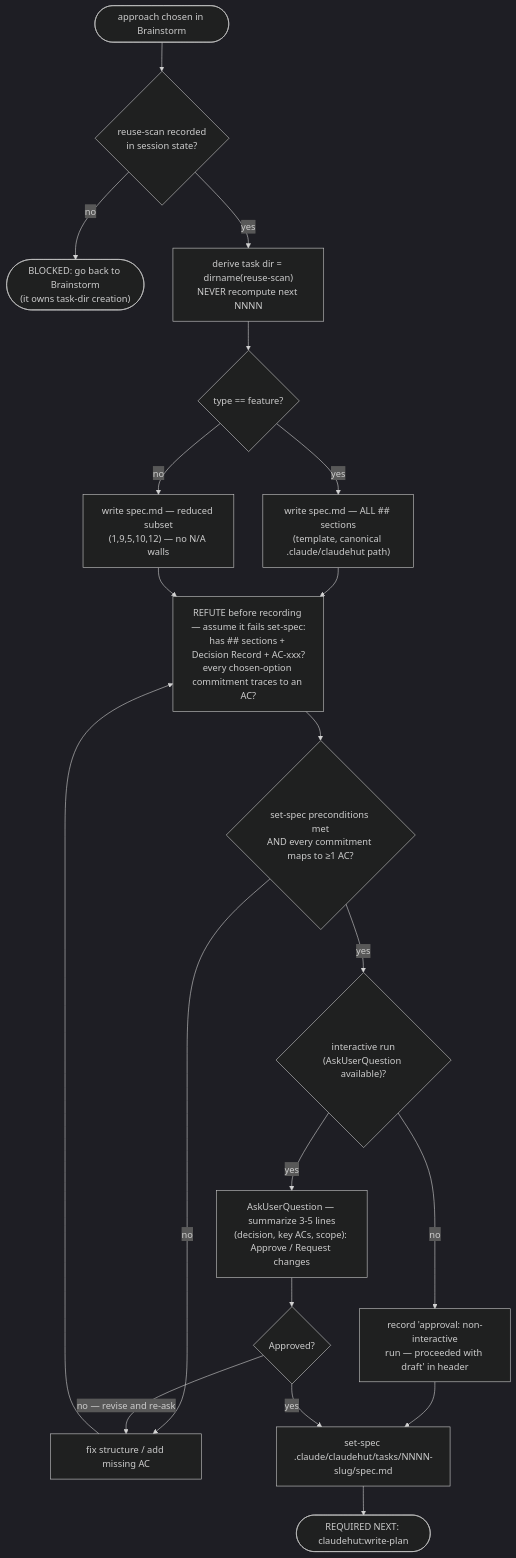
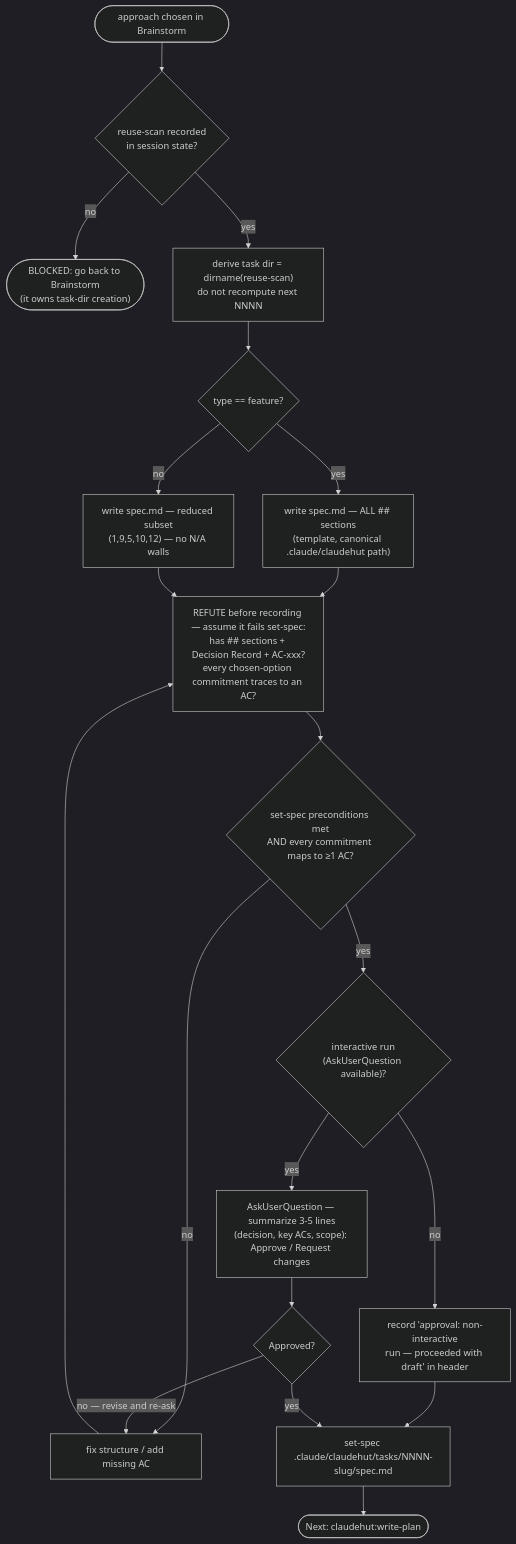
Before and after one commit to taipt1504/claudehut: the diagram in skills/write-spec/SKILL.md, drawn with Mermaid (dark theme). The commit also changed other lines of this file and 51 other files, not shown here.

````diff
--- a/skills/write-spec/SKILL.md
+++ b/skills/write-spec/SKILL.md
@@ -13,22 +13,22 @@
 ```mermaid
 flowchart TB
   start(["approach chosen in Brainstorm"]) --> dir{"reuse-scan recorded<br/>in session state?"}
   dir -- "no" --> back(["BLOCKED: go back to Brainstorm<br/>(it owns task-dir creation)"])
-  dir -- "yes" --> derive["derive task dir = dirname(reuse-scan)<br/>NEVER recompute next NNNN"]
+  dir -- "yes" --> derive["derive task dir = dirname(reuse-scan)<br/>do not recompute next NNNN"]
   derive --> size{"type == feature?"}
   size -- "yes" --> full["write spec.md — ALL ## sections<br/>(template, canonical .claude/claudehut path)"]
   size -- "no" --> red["write spec.md — reduced subset<br/>(1,9,5,10,12) — no N/A walls"]
   full --> crit["REFUTE before recording — assume it fails set-spec:<br/>has ## sections + Decision Record + AC-xxx?<br/>every chosen-option commitment traces to an AC?"]
   red --> crit
   crit --> gate{"set-spec preconditions met<br/>AND every commitment maps to ≥1 AC?"}
   gate -- "no" --> fix["fix structure / add missing AC"]
   fix --> crit
   gate -- "yes" --> mode{"interactive run<br/>(AskUserQuestion available)?"}
   mode -- "no" --> nonint["record 'approval: non-interactive<br/>run — proceeded with draft' in header"]
   nonint --> record
   mode -- "yes" --> ask["AskUserQuestion — summarize 3-5 lines<br/>(decision, key ACs, scope): Approve / Request changes"]
   ask --> verdict{"Approved?"}
   verdict -- "no — revise and re-ask" --> fix
   verdict -- "yes" --> record["set-spec .claude/claudehut/tasks/NNNN-slug/spec.md"]
-  record --> done(["REQUIRED NEXT: claudehut:write-plan"])
+  record --> done(["Next: claudehut:write-plan"])
 ```
````
